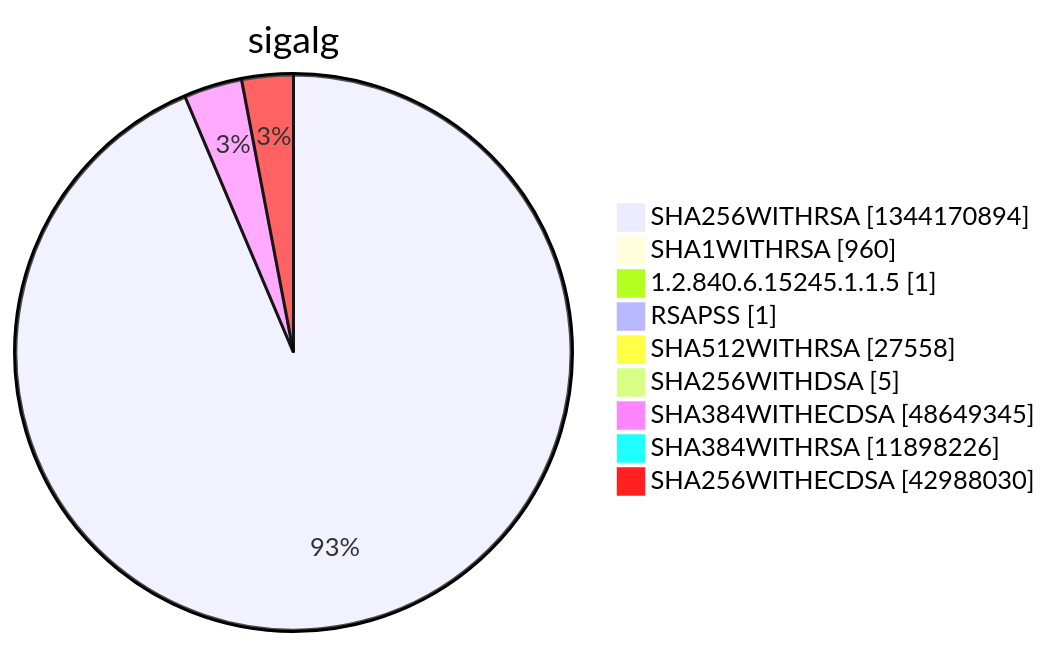
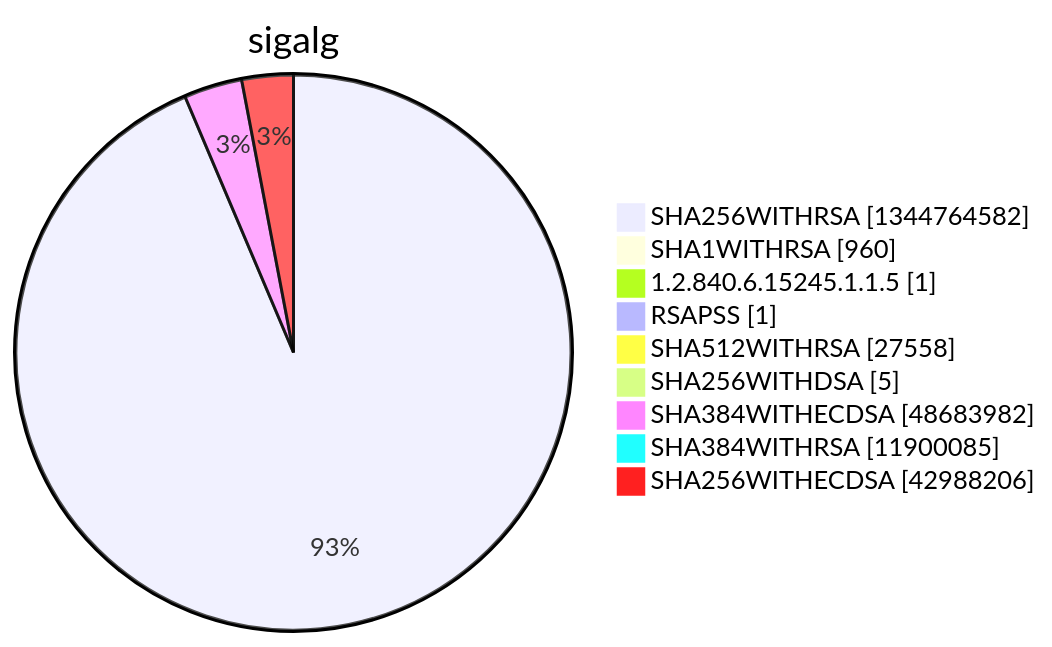
One commit to christiankrug/ctmonitor_visualization changed diagram 15 of 15 in argon2022/README.md. Above: the diagram before and after it, drawn with Mermaid. The commit also changed other lines of this file, not shown here.

````diff
--- a/argon2022/README.md
+++ b/argon2022/README.md
@@ -5524,13 +5524,13 @@
 ```mermaid
 pie showData
 title sigalg
-"SHA256WITHRSA" :1344170894
+"SHA256WITHRSA" :1344764582
 "SHA1WITHRSA" :960
 "1.2.840.6.15245.1.1.5" :1
 "RSAPSS" :1
 "SHA512WITHRSA" :27558
 "SHA256WITHDSA" :5
-"SHA384WITHECDSA" :48649345
-"SHA384WITHRSA" :11898226
-"SHA256WITHECDSA" :42988030
+"SHA384WITHECDSA" :48683982
+"SHA384WITHRSA" :11900085
+"SHA256WITHECDSA" :42988206
 ```
````
